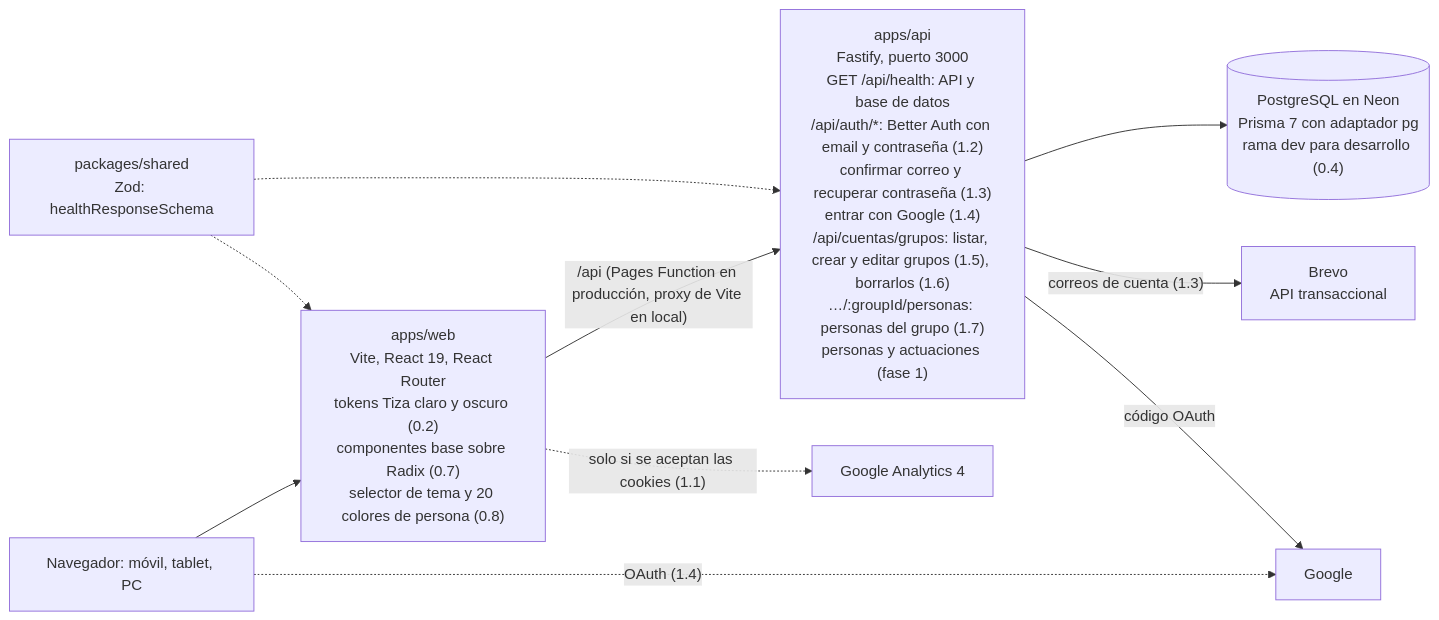
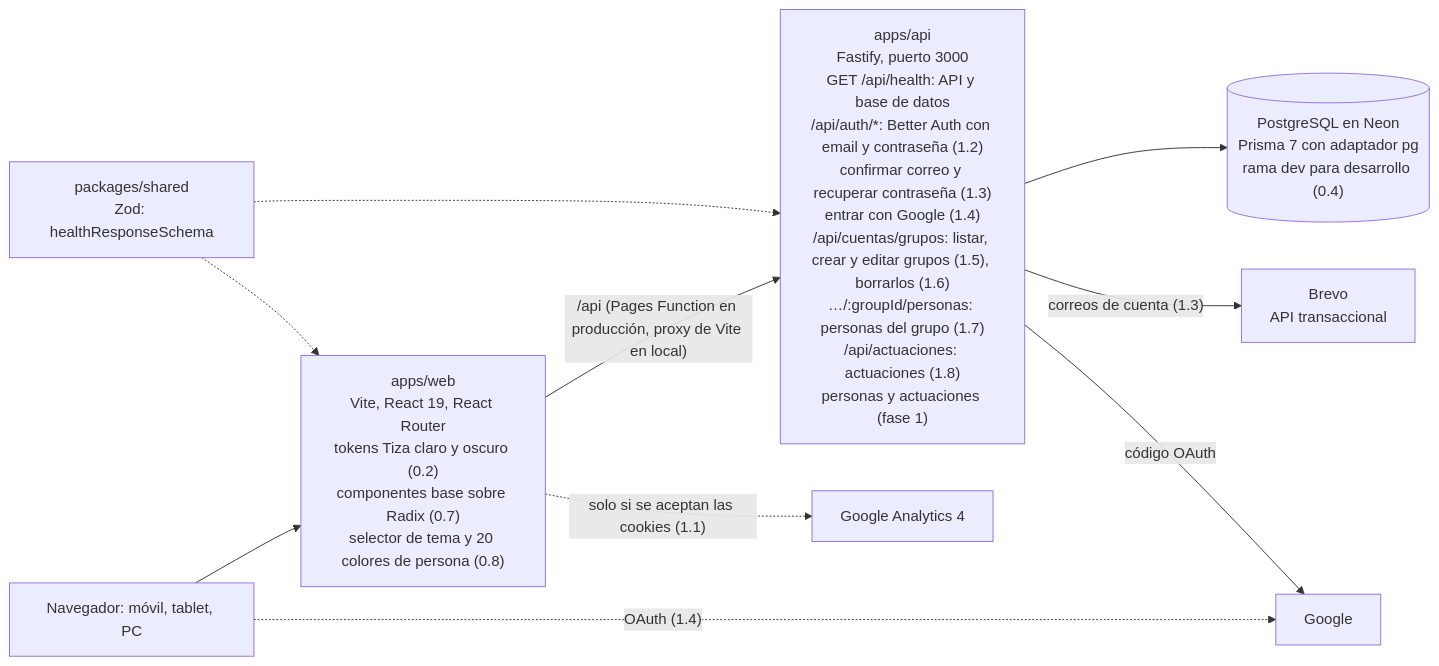
The diagram in documentation/architecture.md (juananmgz/cuadrocorrocalle), drawn with Mermaid before and after one commit. The commit also changed 35 other files, not shown here.

````diff
--- a/documentation/architecture.md
+++ b/documentation/architecture.md
@@ -7,12 +7,12 @@
 ```mermaid
 flowchart LR
   U["Navegador: móvil, tablet, PC"] --> W["apps/web<br>Vite, React 19, React Router<br>tokens Tiza claro y oscuro (0.2)<br>componentes base sobre Radix (0.7)<br>selector de tema y 20 colores de persona (0.8)"]
-  W -->|"/api (Pages Function en producción, proxy de Vite en local)"| A["apps/api<br>Fastify, puerto 3000<br>GET /api/health: API y base de datos<br>/api/auth/*: Better Auth con email y contraseña (1.2)<br>confirmar correo y recuperar contraseña (1.3)<br>entrar con Google (1.4)<br>/api/cuentas/grupos: listar, crear y editar grupos (1.5), borrarlos (1.6)<br>…/:groupId/personas: personas del grupo (1.7)<br>personas y actuaciones (fase 1)"]
+  W -->|"/api (Pages Function en producción, proxy de Vite en local)"| A["apps/api<br>Fastify, puerto 3000<br>GET /api/health: API y base de datos<br>/api/auth/*: Better Auth con email y contraseña (1.2)<br>confirmar correo y recuperar contraseña (1.3)<br>entrar con Google (1.4)<br>/api/cuentas/grupos: listar, crear y editar grupos (1.5), borrarlos (1.6)<br>…/:groupId/personas: personas del grupo (1.7)<br>/api/actuaciones: actuaciones (1.8)<br>personas y actuaciones (fase 1)"]
   A --> D[("PostgreSQL en Neon<br>Prisma 7 con adaptador pg<br>rama dev para desarrollo (0.4)")]
   W -.->|"solo si se aceptan las cookies (1.1)"| GA["Google Analytics 4"]
   A -->|"correos de cuenta (1.3)"| BR["Brevo<br>API transaccional"]
   U -.->|"OAuth (1.4)"| GO["Google"]
   A -->|"código OAuth"| GO
   S["packages/shared<br>Zod: healthResponseSchema"] -.-> W
   S -.-> A
 ```
````
